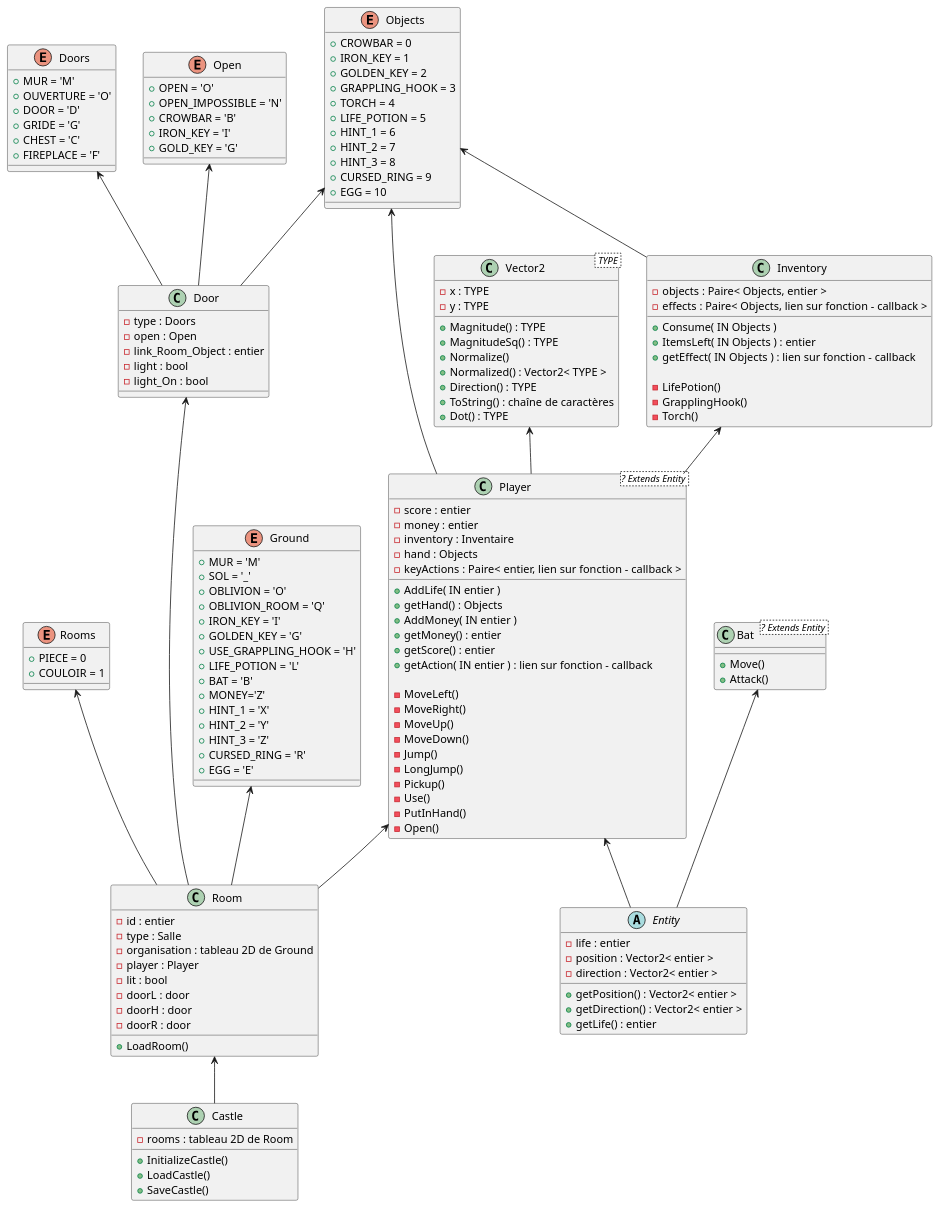
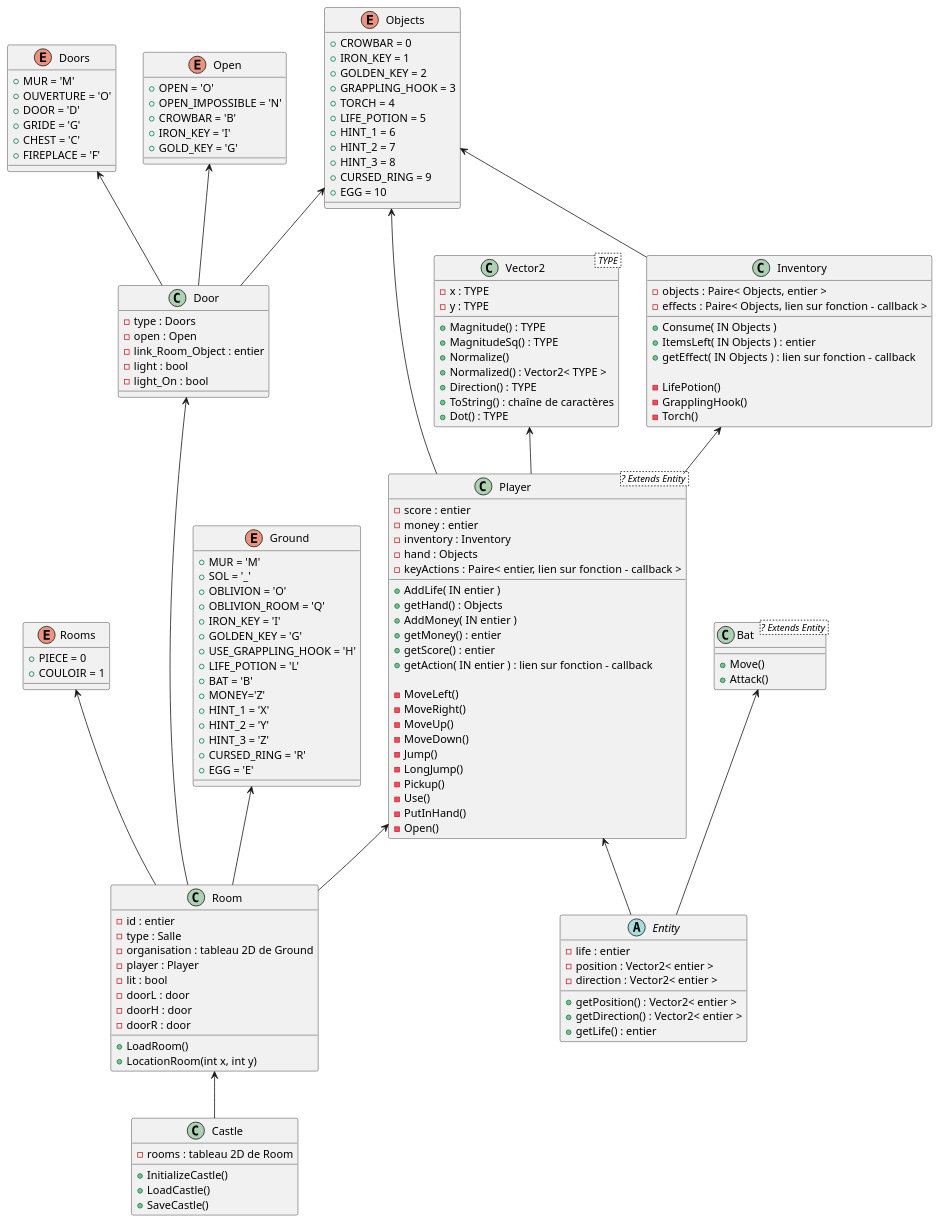
The diagram in doc/diagrams/Class.puml (Serdok/GoldenPhoenix), drawn with PlantUML before and after one commit.

Commit message:
mise a jour graph class - 3

```diff
--- a/doc/diagrams/Class.puml
+++ b/doc/diagrams/Class.puml
@@ -1,187 +1,188 @@
 @startuml
 
 Inventory <-- Player
 Room <-- Castle
 Objects <-- Inventory
 Vector2 <-- Player
 Rooms <-- Room
 Ground <-- Room
 Player <-- Room
 Objects <-- Player
 Player <-- Entity
 Bat <-- Entity
 Door <-- Room
 Objects <-- Door
 Doors <-- Door
 Open <-- Door 
 
 class Vector2< TYPE >
 {
     - x : TYPE
     - y : TYPE
 
     + Magnitude() : TYPE
     + MagnitudeSq() : TYPE
     + Normalize()
     + Normalized() : Vector2< TYPE >
     + Direction() : TYPE
     + ToString() : chaîne de caractères
     + Dot() : TYPE
 }
 
 class Player <? Extends Entity >
 {
     - score : entier
     - money : entier
-    - inventory : Inventaire
+    - inventory : Inventory
     - hand : Objects
     - keyActions : Paire< entier, lien sur fonction - callback >
 
     + AddLife( IN entier )
     + getHand() : Objects
     + AddMoney( IN entier )
     + getMoney() : entier
     + getScore() : entier
     + getAction( IN entier ) : lien sur fonction - callback
 
     - MoveLeft()
     - MoveRight()
     - MoveUp()
     - MoveDown()
     - Jump()
     - LongJump()
     - Pickup()
     - Use()
     - PutInHand()
     - Open()
 }
 
 class Inventory
 {
     - objects : Paire< Objects, entier >
     - effects : Paire< Objects, lien sur fonction - callback >
 
     + Consume( IN Objects )
     + ItemsLeft( IN Objects ) : entier
     + getEffect( IN Objects ) : lien sur fonction - callback
 
     - LifePotion()
     - GrapplingHook()
     - Torch()
 }
 
 abstract class Entity
 {
     - life : entier
     - position : Vector2< entier >
     - direction : Vector2< entier >
 
     + getPosition() : Vector2< entier >
     + getDirection() : Vector2< entier >
     + getLife() : entier
 }
 
 class Bat <? Extends Entity >
 {
     + Move()
     + Attack()
 }
 
 enum Objects
 {
     + CROWBAR = 0
     + IRON_KEY = 1
     + GOLDEN_KEY = 2
     + GRAPPLING_HOOK = 3
     + TORCH = 4
     + LIFE_POTION = 5
     + HINT_1 = 6
     + HINT_2 = 7
     + HINT_3 = 8
     + CURSED_RING = 9
     + EGG = 10
 }
 
 class Castle
 {
     - rooms : tableau 2D de Room
 
 	+ InitializeCastle()
 	+ LoadCastle()
 	+ SaveCastle()
 }
 
 enum Rooms
 {
     + PIECE = 0
     + COULOIR = 1
 }
 
 enum Ground
 {
     + MUR = 'M'
     + SOL = '_'
 	+ OBLIVION = 'O'
 	+ OBLIVION_ROOM = 'Q' 
     + IRON_KEY = 'I'
     + GOLDEN_KEY = 'G'
     + USE_GRAPPLING_HOOK = 'H'
     + LIFE_POTION = 'L'
 	+ BAT = 'B'
 	+ MONEY='Z'
     + HINT_1 = 'X'
     + HINT_2 = 'Y'
     + HINT_3 = 'Z'
     + CURSED_RING = 'R'
     + EGG = 'E'
 }
 
 enum Doors
 {
 	+ MUR = 'M'
 	+ OUVERTURE = 'O'
 	+ DOOR = 'D'
 	+ GRIDE = 'G'
 	+ CHEST = 'C'
 	+ FIREPLACE = 'F'
 }
 
 enum Open
 {
 	+ OPEN = 'O'
 	+ OPEN_IMPOSSIBLE = 'N'
 	+ CROWBAR = 'B'
 	+ IRON_KEY = 'I'
 	+ GOLD_KEY = 'G'
 }
 
 class Door
 {
 	- type : Doors
 	- open : Open
 	- link_Room_Object : entier
 	- light : bool 
 	- light_On : bool 
 }
 
 class Room
 {
     - id : entier
     - type : Salle
     - organisation : tableau 2D de Ground
     - player : Player
     - lit : bool
 	- doorL : door
 	- doorH : door
 	- doorR : door
 
 
 	+ LoadRoom()
+	+ LocationRoom(int x, int y)
 }
 
 
 
 
 
 
 @enduml
```
